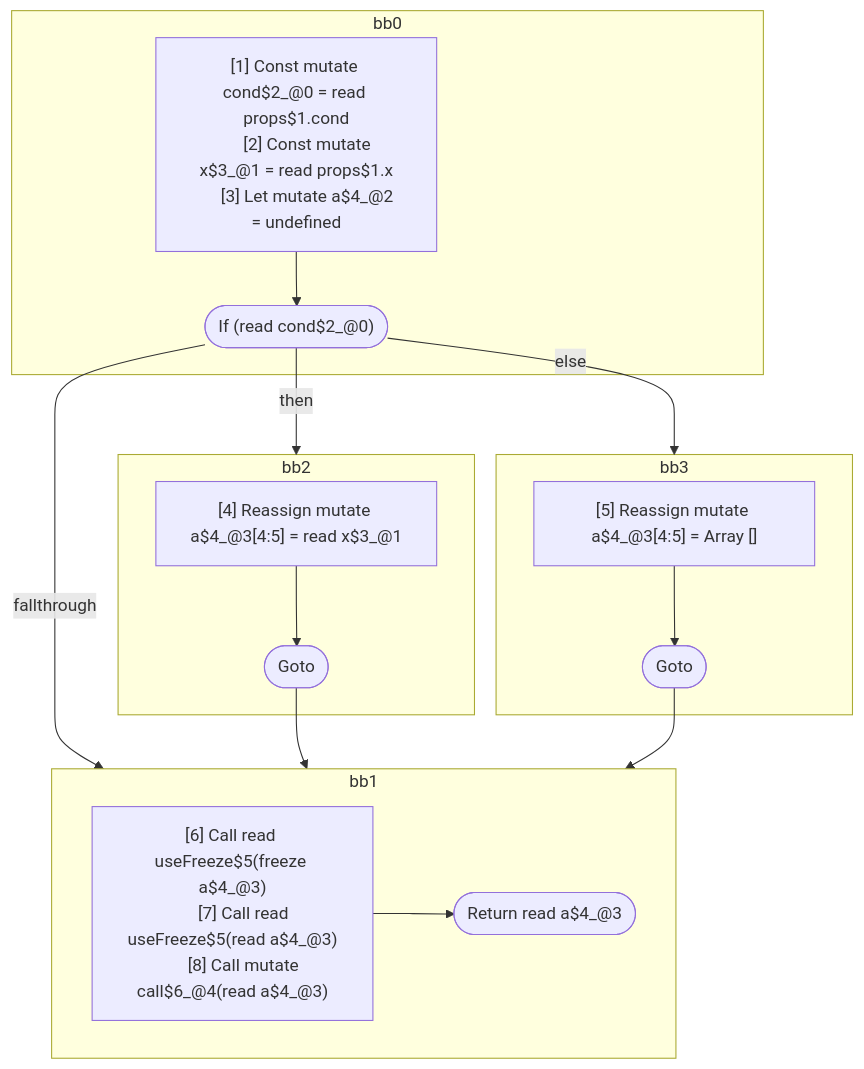
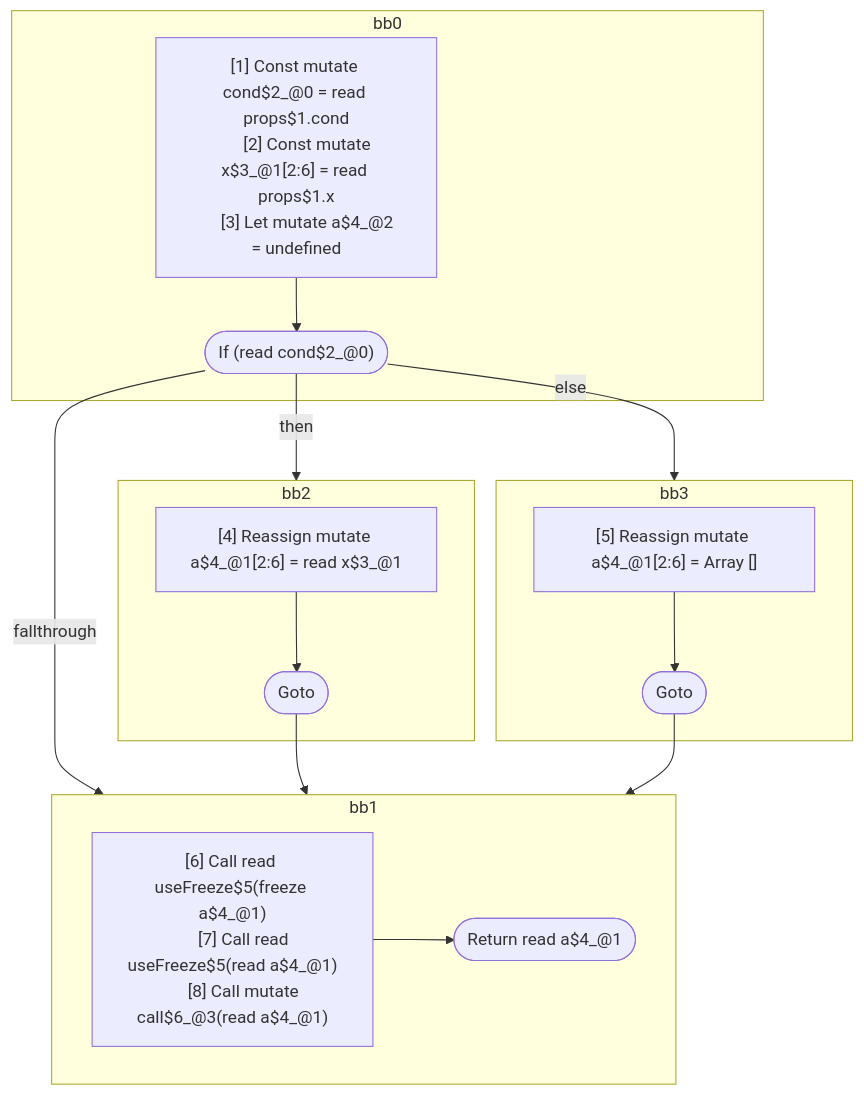
One commit to wutsmog/private changed the first of 3 diagrams in compiler/forget/src/__tests__/fixtures/hir/hooks-freeze-possibly-mutable-arguments.expect.md. Above: the diagram before and after it, drawn with Mermaid. The commit also changed other lines of this file and 45 other files, not shown here.

````diff
--- a/compiler/forget/src/__tests__/fixtures/hir/hooks-freeze-possibly-mutable-arguments.expect.md
+++ b/compiler/forget/src/__tests__/fixtures/hir/hooks-freeze-possibly-mutable-arguments.expect.md
@@ -51,40 +51,40 @@
 ```mermaid
 flowchart TB
   %% Basic Blocks
   subgraph bb0
     bb0_instrs["
       [1] Const mutate cond$2_@0 = read props$1.cond
-      [2] Const mutate x$3_@1 = read props$1.x
+      [2] Const mutate x$3_@1[2:6] = read props$1.x
       [3] Let mutate a$4_@2 = undefined
     "]
     bb0_instrs --> bb0_terminal(["If (read cond$2_@0)"])
   end
   subgraph bb2
     bb2_instrs["
-      [4] Reassign mutate a$4_@3[4:5] = read x$3_@1
+      [4] Reassign mutate a$4_@1[2:6] = read x$3_@1
     "]
     bb2_instrs --> bb2_terminal(["Goto"])
   end
   subgraph bb3
     bb3_instrs["
-      [5] Reassign mutate a$4_@3[4:5] = Array []
+      [5] Reassign mutate a$4_@1[2:6] = Array []
     "]
     bb3_instrs --> bb3_terminal(["Goto"])
   end
   subgraph bb1
     bb1_instrs["
-      [6] Call read useFreeze$5(freeze a$4_@3)
-      [7] Call read useFreeze$5(read a$4_@3)
-      [8] Call mutate call$6_@4(read a$4_@3)
+      [6] Call read useFreeze$5(freeze a$4_@1)
+      [7] Call read useFreeze$5(read a$4_@1)
+      [8] Call mutate call$6_@3(read a$4_@1)
     "]
-    bb1_instrs --> bb1_terminal(["Return read a$4_@3"])
+    bb1_instrs --> bb1_terminal(["Return read a$4_@1"])
   end
 
   %% Jumps
   bb0_terminal -- "then" --> bb2
   bb0_terminal -- "else" --> bb3
   bb0_terminal -- "fallthrough" --> bb1
   bb2_terminal --> bb1
   bb3_terminal --> bb1
 
 ```
````
